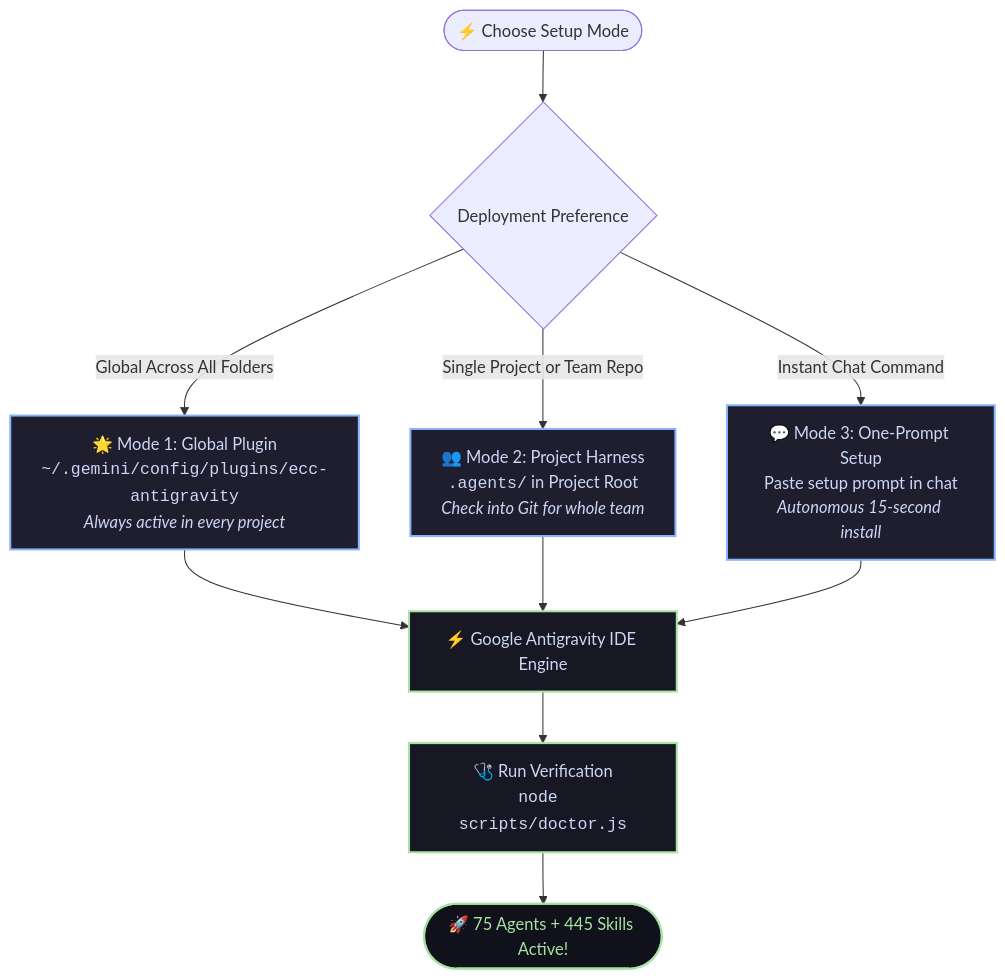
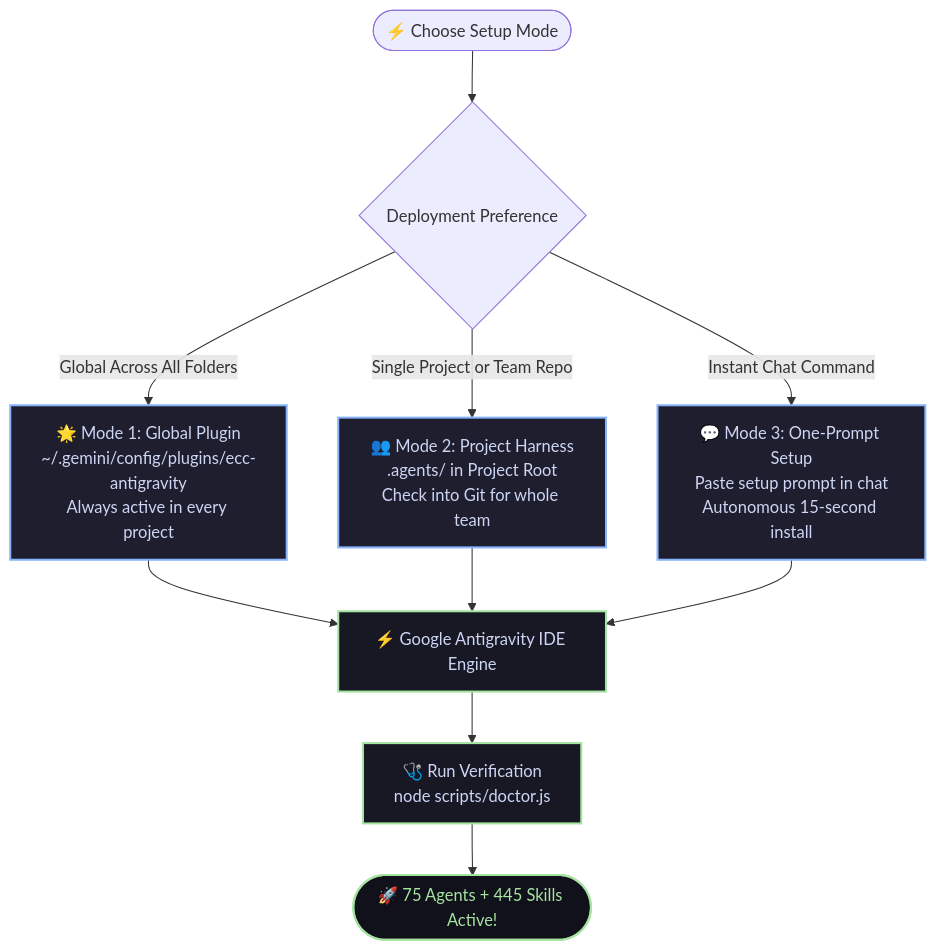
One commit to Omkarop0808/ECCAV2-antigravity changed the first of 4 diagrams in README.md. Above: the diagram before and after it, drawn with Mermaid. The commit also changed other lines of this file, not shown here.

Commit message:
fix(docs): resolve GitHub Mermaid parsing error by quoting node labels and escaping delimiters

````diff
--- a/README.md
+++ b/README.md
@@ -38,19 +38,19 @@
 ```mermaid
 flowchart TD
-    Start([⚡ Choose Setup Mode]) --> Pathways{Deployment Preference}
+    Start(["⚡ Choose Setup Mode"]) --> Pathways{"Deployment Preference"}
     
-    Pathways -->|Global Across All Folders| M1["🌟 Mode 1: Global Plugin<br/><code>~/.gemini/config/plugins/ecc-antigravity</code><br/><i>Always active in every project</i>"]
-    Pathways -->|Single Project or Team Repo| M2["👥 Mode 2: Project Harness<br/><code>.agents/</code> in Project Root<br/><i>Check into Git for whole team</i>"]
-    Pathways -->|Instant Chat Command| M3["💬 Mode 3: One-Prompt Setup<br/>Paste setup prompt in chat<br/><i>Autonomous 15-second install</i>"]
+    Pathways -->|Global Across All Folders| M1["🌟 Mode 1: Global Plugin<br/>~/.gemini/config/plugins/ecc-antigravity<br/>Always active in every project"]
+    Pathways -->|Single Project or Team Repo| M2["👥 Mode 2: Project Harness<br/>.agents/ in Project Root<br/>Check into Git for whole team"]
+    Pathways -->|Instant Chat Command| M3["💬 Mode 3: One-Prompt Setup<br/>Paste setup prompt in chat<br/>Autonomous 15-second install"]
     
-    M1 & M2 & M3 --> Engine[⚡ Google Antigravity IDE Engine]
-    Engine --> Doctor["🩺 Run Verification<br/><code>node scripts/doctor.js</code>"]
-    Doctor --> Success([🚀 75 Agents + 445 Skills Active!])
+    M1 & M2 & M3 --> Engine["⚡ Google Antigravity IDE Engine"]
+    Engine --> Doctor["🩺 Run Verification<br/>node scripts/doctor.js"]
+    Doctor --> Success(["🚀 75 Agents + 445 Skills Active!"])
     
     classDef path fill:#1e1e2e,stroke:#89b4fa,stroke-width:2px,color:#cdd6f4;
     classDef engine fill:#181825,stroke:#a6e3a1,stroke-width:2px,color:#cdd6f4;
     classDef success fill:#11111b,stroke:#a6e3a1,stroke-width:2px,color:#a6e3a1;
     class M1,M2,M3 path;
     class Engine,Doctor engine;
     class Success success;
 ```
````
